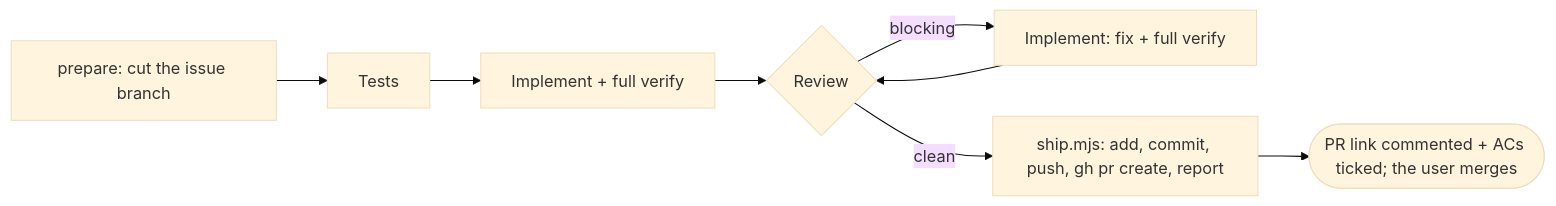
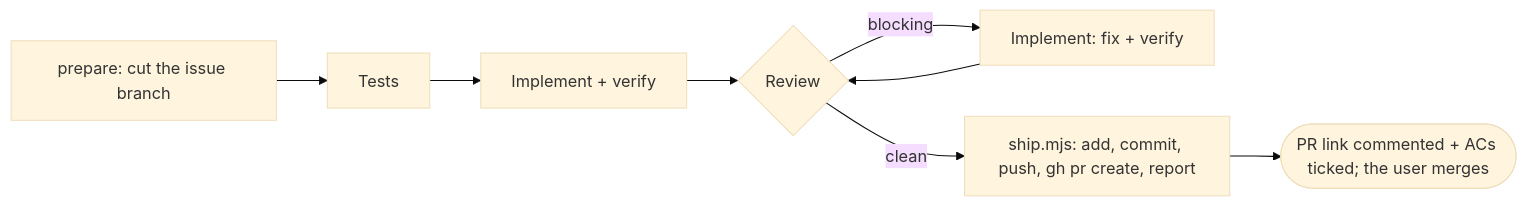
The diagram in skarbiec-plan/workflow.md (Maliniak93/FinMel), drawn with Mermaid (base theme) before and after one commit. The commit also changed other lines of this file and 8 other files, not shown here.

````diff
--- a/skarbiec-plan/workflow.md
+++ b/skarbiec-plan/workflow.md
@@ -41,8 +41,8 @@
 ```mermaid
 flowchart LR
     B[prepare: cut the issue branch] --> T[Tests]
-    T --> I[Implement + full verify] --> R{Review}
-    R -- blocking --> IF[Implement: fix + full verify] --> R
+    T --> I[Implement + verify] --> R{Review}
+    R -- blocking --> IF[Implement: fix + verify] --> R
     R -- clean --> S[ship.mjs: add, commit, push, gh pr create, report]
     S --> Done([PR link commented + ACs ticked; the user merges])
 ```
````
